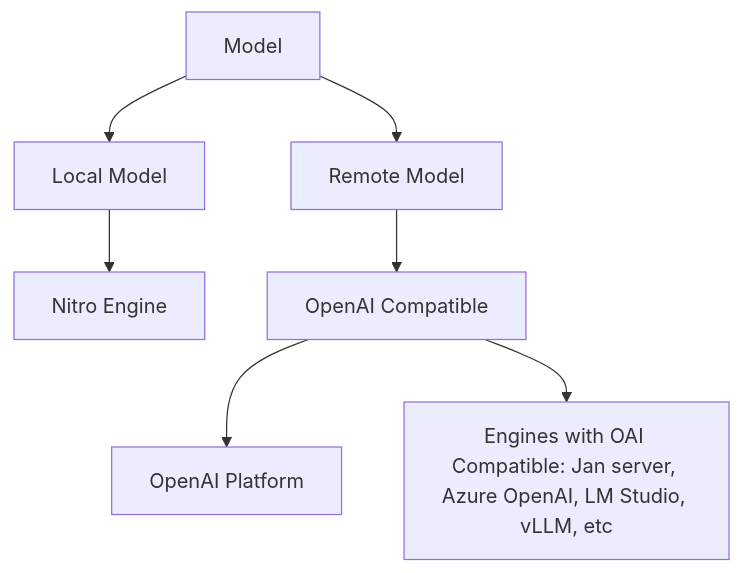
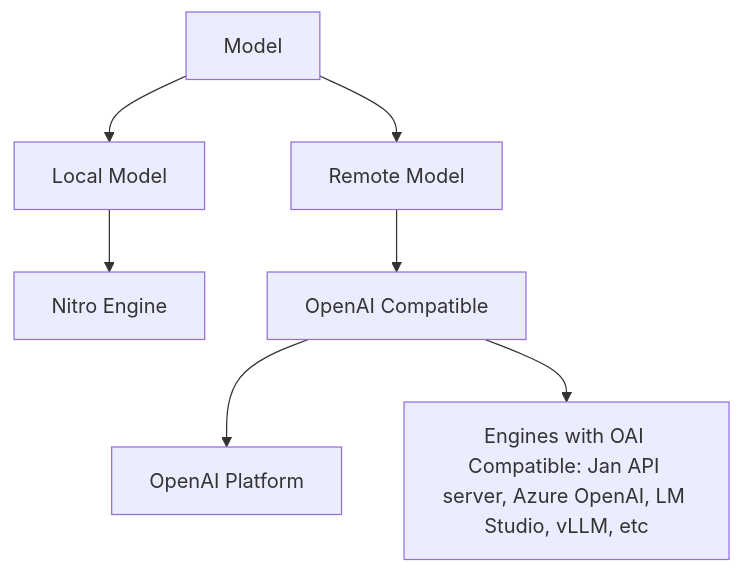
One commit to janhq/jan changed the diagram in docs/docs/guides/04-using-models/02-import-manually.mdx. Above: the diagram before and after it, drawn with Mermaid. The commit also changed other lines of this file, not shown here.

````diff
--- a/docs/docs/guides/04-using-models/02-import-manually.mdx
+++ b/docs/docs/guides/04-using-models/02-import-manually.mdx
@@ -35,10 +37,10 @@
 ```mermaid
 graph TB
     Model --> LocalModel[Local model]
     Model --> RemoteModel[Remote model]
     LocalModel[Local Model] --> NitroEngine[Nitro Engine]
     RemoteModel[Remote Model] --> OpenAICompatible[OpenAI Compatible]
 
     OpenAICompatible --> OpenAIPlatform[OpenAI Platform]
-    OpenAICompatible --> OAIEngines[Engines with OAI Compatible: Jan server, Azure OpenAI, LM Studio, vLLM, etc]
+    OpenAICompatible --> OAIEngines[Engines with OAI Compatible: Jan API server, Azure OpenAI, LM Studio, vLLM, etc]
 ```
````
